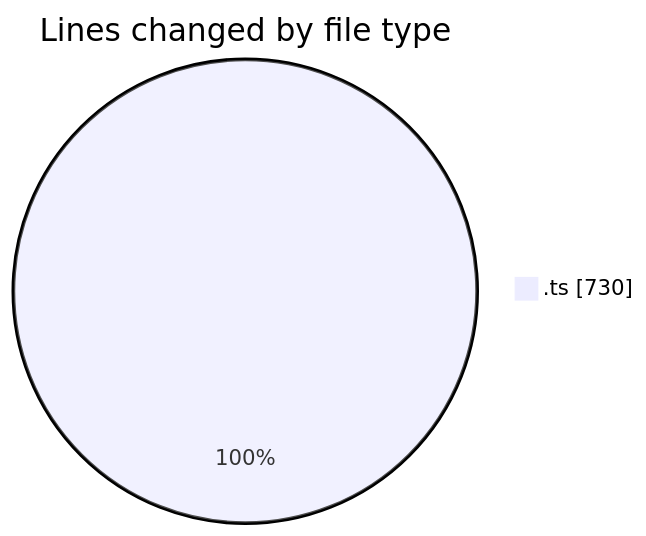
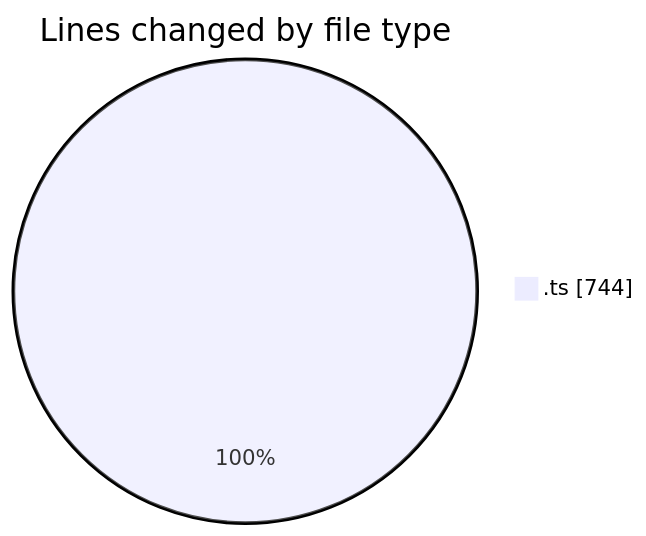
One commit to nxtqubesakshisongat/code-tracking changed the first of 2 diagrams in 2026-03-04/nxtqube_webapp/README.md. Above: the diagram before and after it, drawn with Mermaid. The commit also changed other lines of this file and 1 other file, not shown here.

````diff
--- a/2026-03-04/nxtqube_webapp/README.md
+++ b/2026-03-04/nxtqube_webapp/README.md
@@ -20,5 +20,5 @@
 ```mermaid
 pie showData
 title Lines changed by file type
-".ts" : 730
+".ts" : 744
 ```
````
